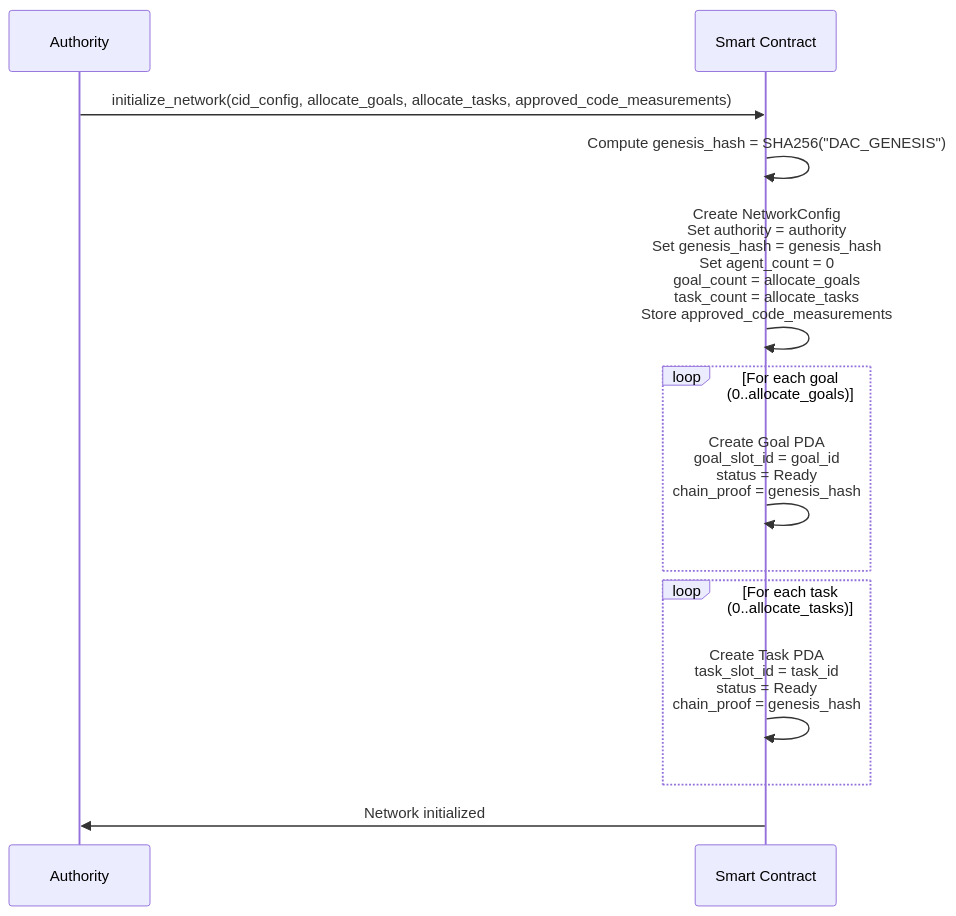
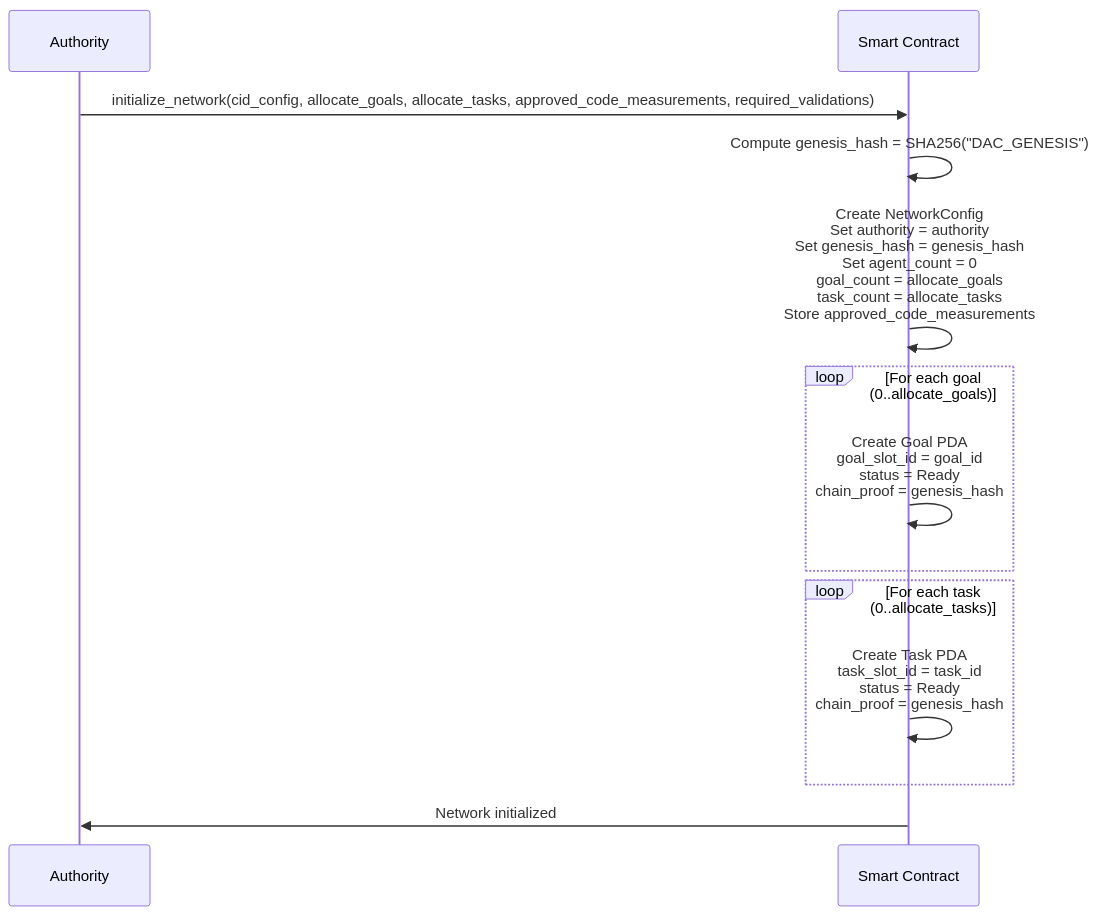
Before and after one commit to JorgeCosta87/decentralized-autonomous-computing: the first of 13 diagrams in docs/design.md, drawn with Mermaid. The commit also changed other lines of this file and 1 other file, not shown here.

````diff
--- a/docs/design.md
+++ b/docs/design.md
@@ -149,19 +173,19 @@
 ```mermaid
 sequenceDiagram
     participant Auth as Authority
     participant DAC as Smart Contract
     
-    Auth->>DAC: initialize_network(cid_config, allocate_goals, allocate_tasks, approved_code_measurements)
+    Auth->>DAC: initialize_network(cid_config, allocate_goals, allocate_tasks, approved_code_measurements, required_validations)
     DAC->>DAC: Compute genesis_hash = SHA256("DAC_GENESIS")
     DAC->>DAC: Create NetworkConfig<br/>Set authority = authority<br/>Set genesis_hash = genesis_hash<br/>Set agent_count = 0<br/>goal_count = allocate_goals<br/>task_count = allocate_tasks<br/>Store approved_code_measurements
     
     loop For each goal (0..allocate_goals)
         DAC->>DAC: Create Goal PDA<br/>goal_slot_id = goal_id<br/>status = Ready<br/>chain_proof = genesis_hash
     end
     
     loop For each task (0..allocate_tasks)
         DAC->>DAC: Create Task PDA<br/>task_slot_id = task_id<br/>status = Ready<br/>chain_proof = genesis_hash
     end
     
     DAC->>Auth: Network initialized
 ```
````
